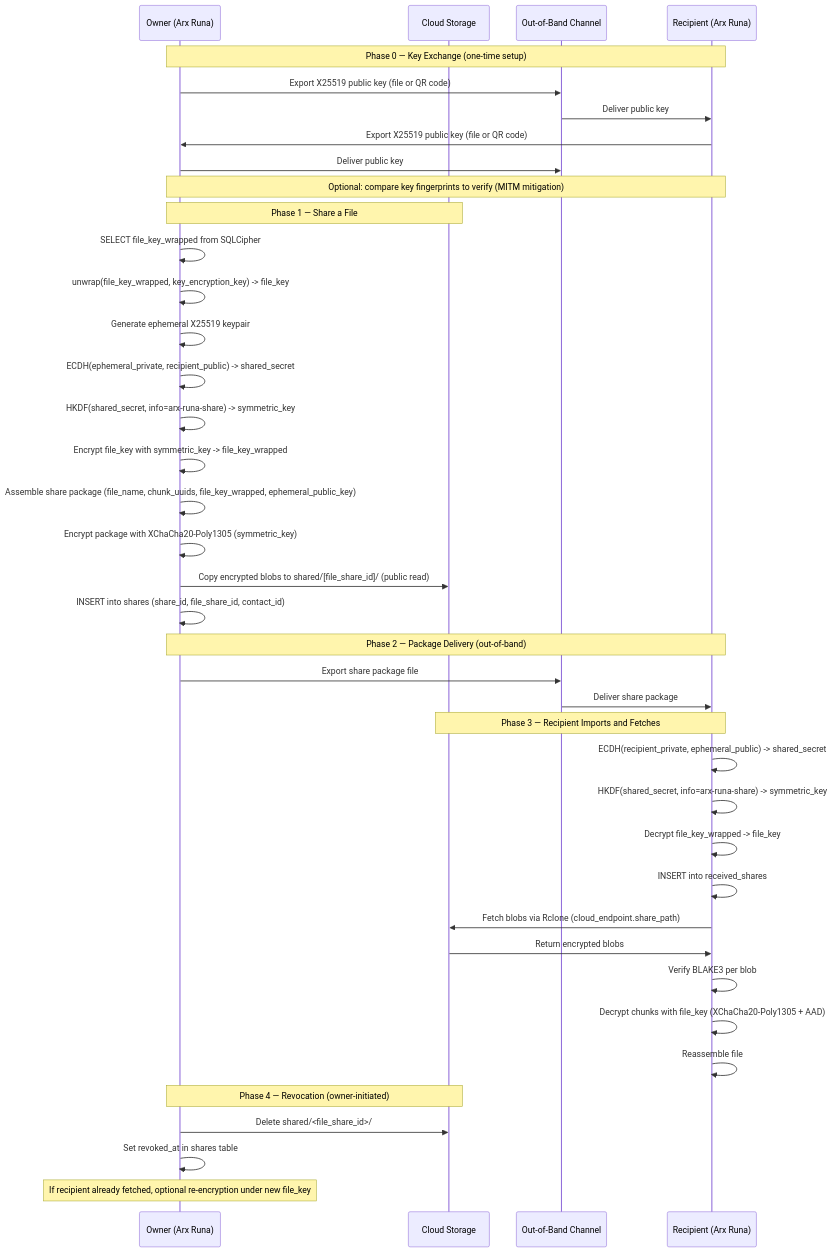
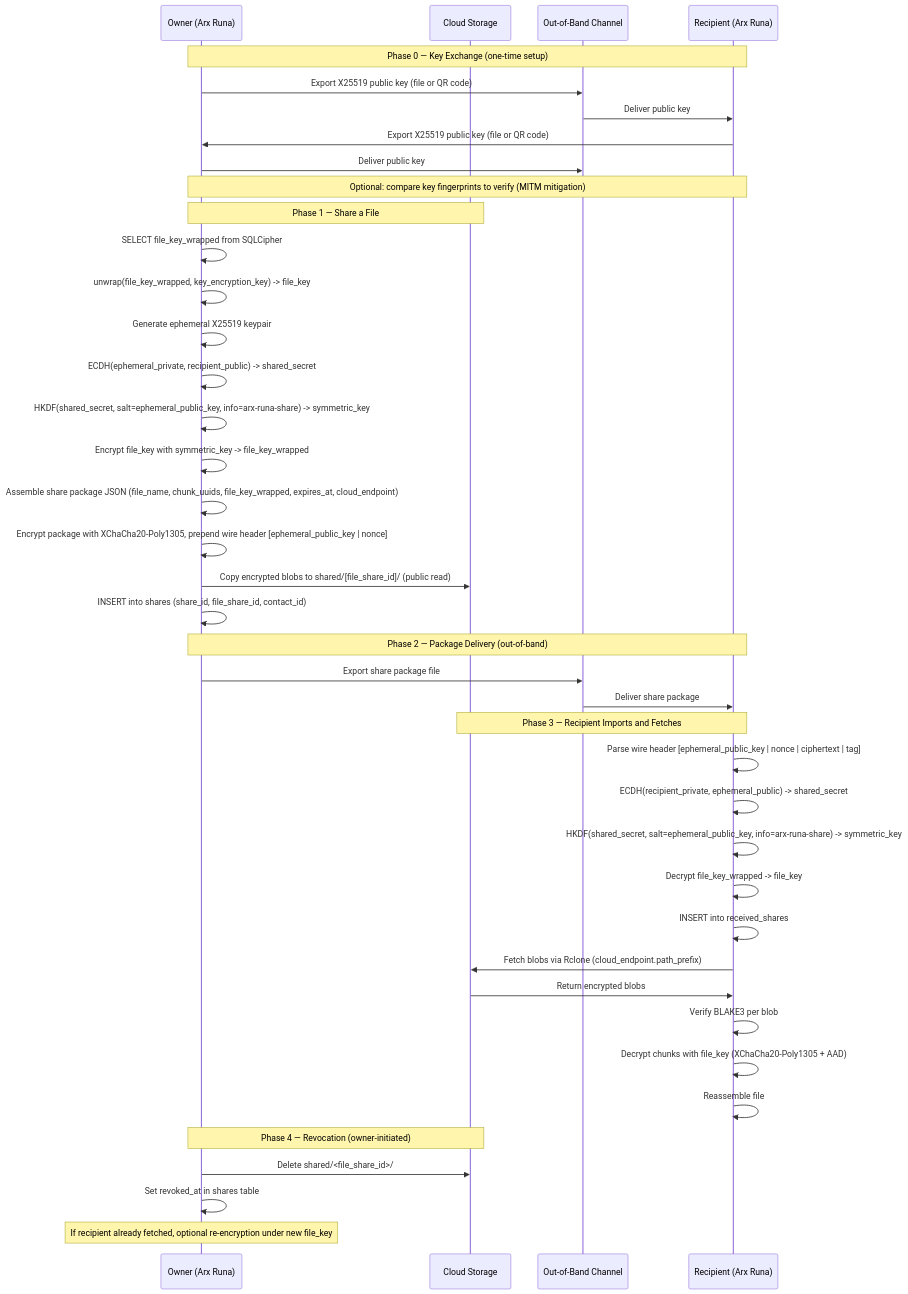
The diagram in docs/architecture/designs/file-sharing/diagrams/file-sharing-flow.md (salgaard/arx-runa), drawn with Mermaid before and after one commit. The commit also changed other lines of this file and 38 other files, not shown here.

````diff
--- a/docs/architecture/designs/file-sharing/diagrams/file-sharing-flow.md
+++ b/docs/architecture/designs/file-sharing/diagrams/file-sharing-flow.md
@@ -6,46 +6,47 @@
 ```mermaid
 sequenceDiagram
     participant Owner as Owner (Arx Runa)
     participant Cloud as Cloud Storage
     participant Channel as Out-of-Band Channel
     participant Recipient as Recipient (Arx Runa)
 
     note over Owner,Recipient: Phase 0 — Key Exchange (one-time setup)
     Owner->>Channel: Export X25519 public key (file or QR code)
     Channel->>Recipient: Deliver public key
     Recipient->>Owner: Export X25519 public key (file or QR code)
     Owner->>Channel: Deliver public key
     note over Owner,Recipient: Optional: compare key fingerprints to verify (MITM mitigation)
 
     note over Owner,Cloud: Phase 1 — Share a File
     Owner->>Owner: SELECT file_key_wrapped from SQLCipher
     Owner->>Owner: unwrap(file_key_wrapped, key_encryption_key) #45;#62; file_key
     Owner->>Owner: Generate ephemeral X25519 keypair
     Owner->>Owner: ECDH(ephemeral_private, recipient_public) #45;#62; shared_secret
-    Owner->>Owner: HKDF(shared_secret, info=arx-runa-share) #45;#62; symmetric_key
+    Owner->>Owner: HKDF(shared_secret, salt=ephemeral_public_key, info=arx-runa-share) #45;#62; symmetric_key
     Owner->>Owner: Encrypt file_key with symmetric_key #45;#62; file_key_wrapped
-    Owner->>Owner: Assemble share package (file_name, chunk_uuids, file_key_wrapped, ephemeral_public_key)
-    Owner->>Owner: Encrypt package with XChaCha20-Poly1305 (symmetric_key)
+    Owner->>Owner: Assemble share package JSON (file_name, chunk_uuids, file_key_wrapped, expires_at, cloud_endpoint)
+    Owner->>Owner: Encrypt package with XChaCha20-Poly1305, prepend wire header [ephemeral_public_key #124; nonce]
     Owner->>Cloud: Copy encrypted blobs to shared/[file_share_id]/ (public read)
     Owner->>Owner: INSERT into shares (share_id, file_share_id, contact_id)
 
     note over Owner,Recipient: Phase 2 — Package Delivery (out-of-band)
     Owner->>Channel: Export share package file
     Channel->>Recipient: Deliver share package
 
     note over Recipient,Cloud: Phase 3 — Recipient Imports and Fetches
+    Recipient->>Recipient: Parse wire header [ephemeral_public_key #124; nonce #124; ciphertext #124; tag]
     Recipient->>Recipient: ECDH(recipient_private, ephemeral_public) #45;#62; shared_secret
-    Recipient->>Recipient: HKDF(shared_secret, info=arx-runa-share) #45;#62; symmetric_key
+    Recipient->>Recipient: HKDF(shared_secret, salt=ephemeral_public_key, info=arx-runa-share) #45;#62; symmetric_key
     Recipient->>Recipient: Decrypt file_key_wrapped #45;#62; file_key
     Recipient->>Recipient: INSERT into received_shares
-    Recipient->>Cloud: Fetch blobs via Rclone (cloud_endpoint.share_path)
+    Recipient->>Cloud: Fetch blobs via Rclone (cloud_endpoint.path_prefix)
     Cloud->>Recipient: Return encrypted blobs
     Recipient->>Recipient: Verify BLAKE3 per blob
     Recipient->>Recipient: Decrypt chunks with file_key (XChaCha20-Poly1305 + AAD)
     Recipient->>Recipient: Reassemble file
 
     note over Owner,Cloud: Phase 4 — Revocation (owner-initiated)
     Owner->>Cloud: Delete shared/<file_share_id>/
     Owner->>Owner: Set revoked_at in shares table
     note over Owner: If recipient already fetched, optional re-encryption under new file_key
 ```
````
